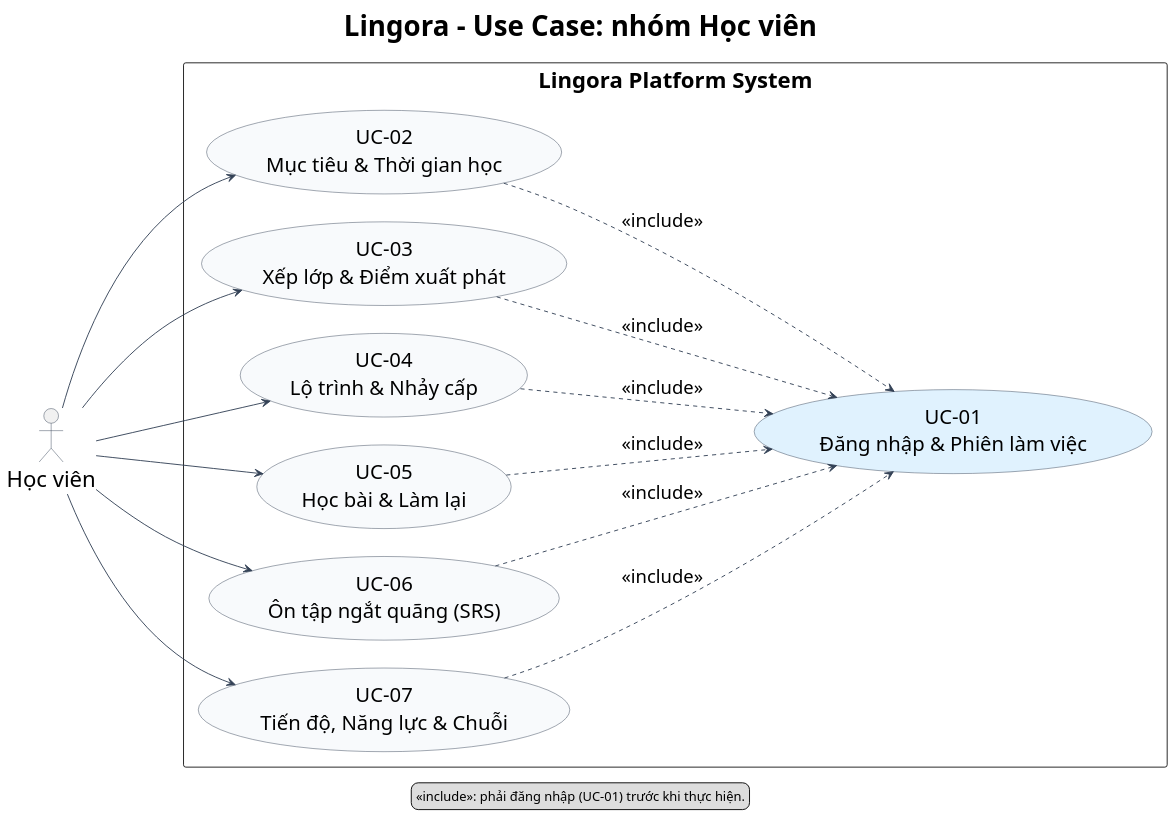
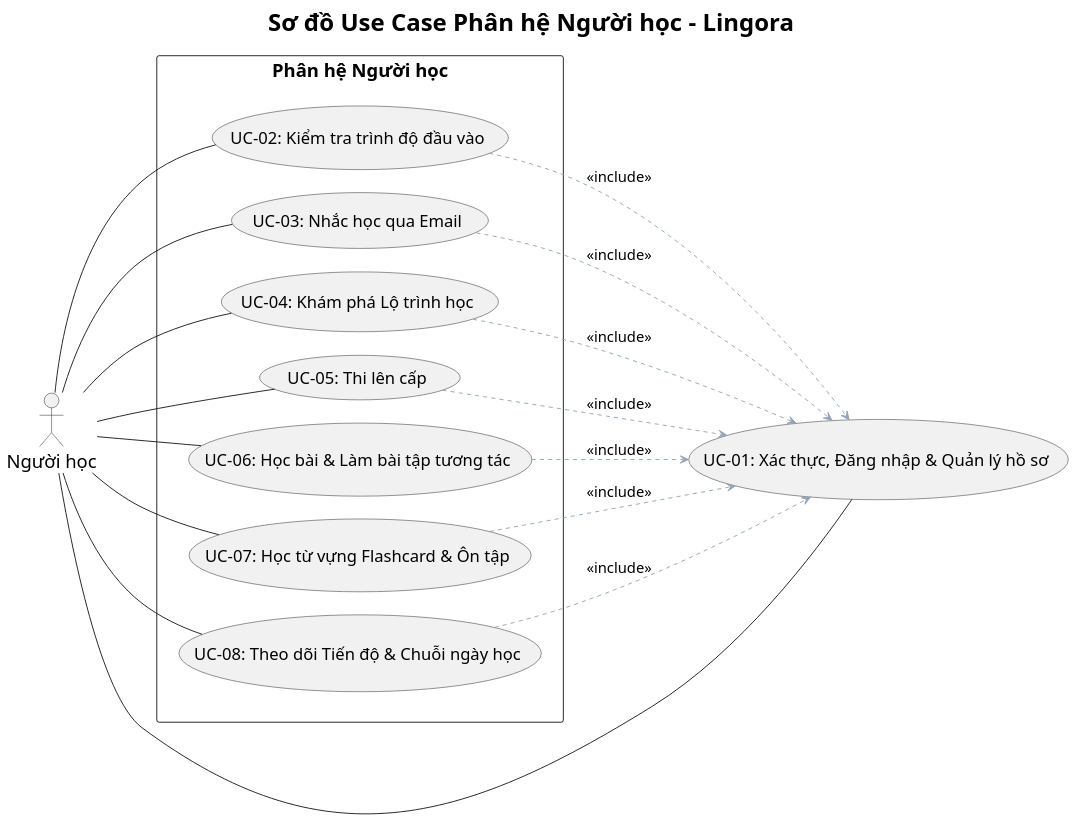
The diagram in docs/diagrams/lingora-modeling/src/02-usecase-hoc-vien.puml (PhamNguyenThanhTung/lingora-workspace), drawn with PlantUML before and after one commit. The commit also changed 17 other files, not shown here.

Commit message:
docs(diagrams): remove obsolete actors and sync all usecase diagrams with 14 UC baseline

```diff
--- a/docs/diagrams/lingora-modeling/src/02-usecase-hoc-vien.puml
+++ b/docs/diagrams/lingora-modeling/src/02-usecase-hoc-vien.puml
@@ -1,47 +1,58 @@
-@startuml 02-usecase-hoc-vien
-title Lingora - Use Case: nhóm Học viên
-left to right direction
+@startuml
 skinparam dpi 150
 skinparam defaultFontName Arial
-skinparam defaultFontSize 24
-skinparam titleFontSize 30
-skinparam ArrowFontSize 20
-skinparam ActorFontSize 24
-skinparam UsecaseFontSize 22
+skinparam defaultFontSize 20
+skinparam titleFontSize 26
+skinparam ArrowFontSize 16
+skinparam UsecaseFontSize 18
+skinparam ActorFontSize 20
 skinparam shadowing false
-skinparam nodesep 30
-skinparam ranksep 110
-skinparam ArrowColor #334155
-skinparam ActorBorderColor #334155
-skinparam UsecaseBorderColor #334155
-skinparam UsecaseBackgroundColor #F8FAFC
+skinparam nodesep 25
+skinparam ranksep 80
 
-actor "Học viên" as Learner
+left to right direction
+title Sơ đồ Use Case Phân hệ Người học - Lingora
 
-rectangle "Lingora Platform System" {
-  usecase "UC-01\nĐăng nhập & Phiên làm việc" as UC01 #E0F2FE
-  usecase "UC-02\nMục tiêu & Thời gian học" as UC02
-  usecase "UC-03\nXếp lớp & Điểm xuất phát" as UC03
-  usecase "UC-04\nLộ trình & Nhảy cấp" as UC04
-  usecase "UC-05\nHọc bài & Làm lại" as UC05
-  usecase "UC-06\nÔn tập ngắt quãng (SRS)" as UC06
-  usecase "UC-07\nTiến độ, Năng lực & Chuỗi" as UC07
+actor "Người học" as Learner
+
+rectangle "Phân hệ Người học" as P_Learner {
+    usecase "UC-02: Kiểm tra trình độ đầu vào" as UC_02
+    usecase "UC-03: Nhắc học qua Email" as UC_03
+    usecase "UC-04: Khám phá Lộ trình học" as UC_04
+    usecase "UC-05: Thi lên cấp" as UC_05
+    usecase "UC-06: Học bài & Làm bài tập tương tác" as UC_06
+    usecase "UC-07: Học từ vựng Flashcard & Ôn tập" as UC_07
+    usecase "UC-08: Theo dõi Tiến độ & Chuỗi ngày học" as UC_08
+
+    UC_02 -[hidden]right-> UC_03
+    UC_03 -[hidden]right-> UC_04
+    UC_04 -[hidden]right-> UC_05
+    UC_05 -[hidden]right-> UC_06
+    UC_06 -[hidden]right-> UC_07
+    UC_07 -[hidden]right-> UC_08
 }
 
-Learner --> UC02
-Learner --> UC03
-Learner --> UC04
-Learner --> UC05
-Learner --> UC06
-Learner --> UC07
-UC02 ..> UC01 : <<include>>
-UC03 ..> UC01 : <<include>>
-UC04 ..> UC01 : <<include>>
-UC05 ..> UC01 : <<include>>
-UC06 ..> UC01 : <<include>>
-UC07 ..> UC01 : <<include>>
+usecase "UC-01: Xác thực, Đăng nhập & Quản lý hồ sơ" as UC_01
 
-legend bottom
-  <<include>>: phải đăng nhập (UC-01) trước khi thực hiện.
-end legend
+P_Learner -[hidden]down-> UC_01
+
+' Liên kết Actor với Use Case
+Learner -- UC_01
+Learner -- UC_02
+Learner -- UC_03
+Learner -- UC_04
+Learner -- UC_05
+Learner -- UC_06
+Learner -- UC_07
+Learner -- UC_08
+
+' Quan hệ include
+UC_02 .[#94A3B8].> UC_01 : <<include>>
+UC_03 .[#94A3B8].> UC_01 : <<include>>
+UC_04 .[#94A3B8].> UC_01 : <<include>>
+UC_05 .[#94A3B8].> UC_01 : <<include>>
+UC_06 .[#94A3B8].> UC_01 : <<include>>
+UC_07 .[#94A3B8].> UC_01 : <<include>>
+UC_08 .[#94A3B8].> UC_01 : <<include>>
+
 @enduml
```
